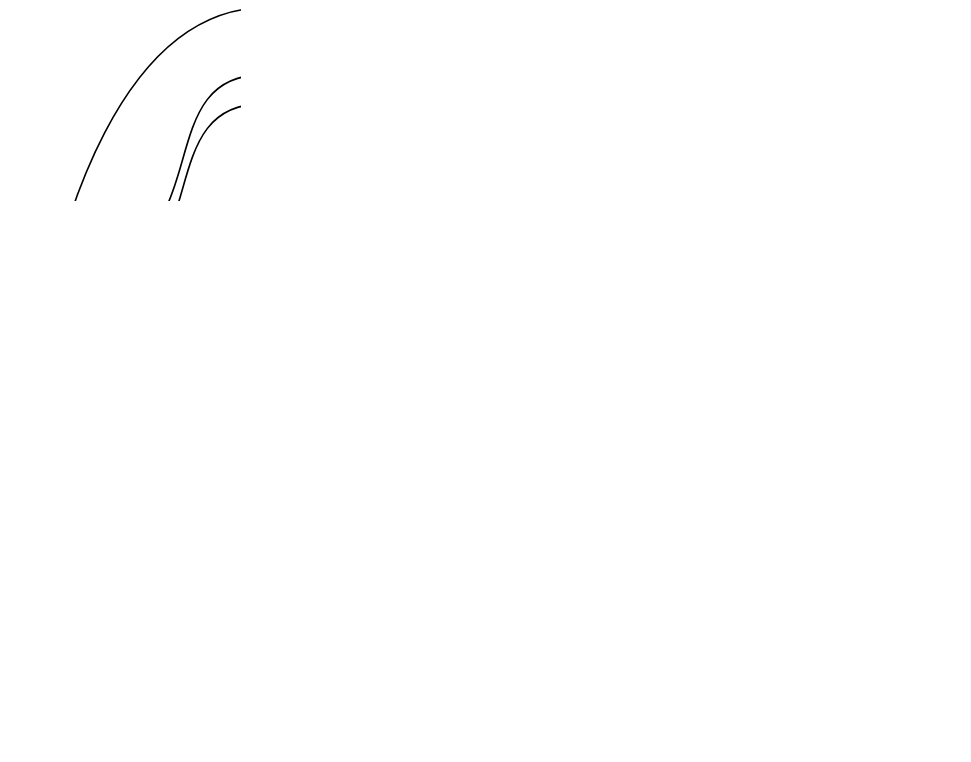
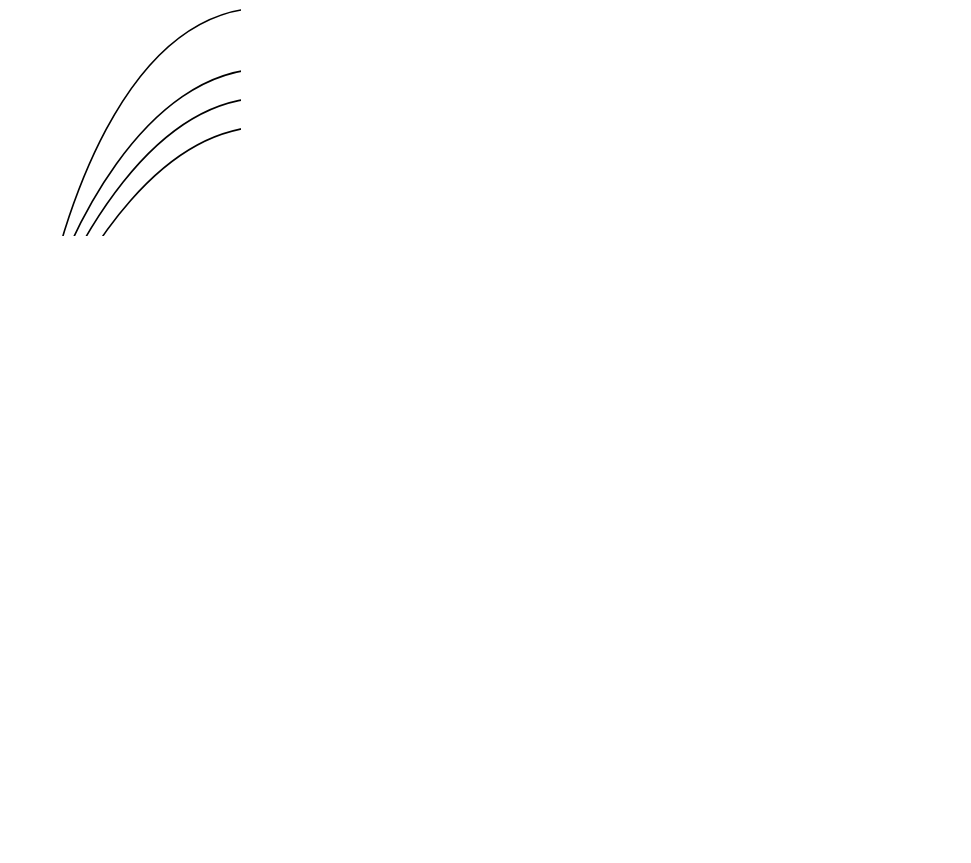
Before and after one commit to mickey-is-codin/data-structures: the diagram in graphs-networks/c-networks/graphviz/list_graph.dot, drawn with Graphviz. The commit also changed 2 other files, not shown here.

Commit message:
Split up the makefile for different graph geometries

```diff
--- a/graphs-networks/c-networks/graphviz/list_graph.dot
+++ b/graphs-networks/c-networks/graphviz/list_graph.dot
@@ -1,52 +1,52 @@
 graph unix {
 	graph [ dpi = 300 ];
 	node [shape=circle];
 	size="6,6";
 	rankdir="LR";
 
 	"0" -- "7"
+	"0" -- "3"
+	"0" -- "9"
 	"0" -- "6"
+	"0" -- "5"
+	"0" -- "6"
+	"0" -- "5"
+	"0" -- "5"
 	"0" -- "1"
-	"0" -- "7"
-	"0" -- "7"
-	"0" -- "7"
-	"0" -- "5"
-	"0" -- "9"
-	"0" -- "1"
-	"0" -- "7"
-	"0" -- "9"
-	"1" -- "2"
-	"1" -- "9"
-	"1" -- "8"
-	"1" -- "2"
+	"1" -- "6"
+	"1" -- "5"
 	"1" -- "3"
+	"2" -- "9"
 	"2" -- "3"
-	"2" -- "7"
 	"2" -- "5"
+	"2" -- "9"
 	"2" -- "4"
 	"3" -- "2"
-	"3" -- "5"
+	"3" -- "1"
 	"3" -- "8"
+	"3" -- "9"
+	"4" -- "7"
+	"4" -- "8"
+	"4" -- "8"
 	"4" -- "5"
+	"4" -- "9"
+	"4" -- "2"
+	"4" -- "1"
 	"4" -- "6"
-	"4" -- "6"
-	"5" -- "9"
-	"5" -- "0"
-	"5" -- "6"
-	"5" -- "3"
+	"5" -- "2"
+	"5" -- "1"
 	"5" -- "4"
-	"5" -- "7"
-	"5" -- "3"
-	"6" -- "7"
-	"6" -- "2"
-	"7" -- "4"
+	"6" -- "9"
+	"6" -- "8"
+	"6" -- "0"
 	"7" -- "9"
-	"7" -- "9"
-	"7" -- "1"
+	"7" -- "5"
+	"8" -- "3"
+	"8" -- "7"
+	"8" -- "5"
+	"8" -- "9"
+	"8" -- "3"
 	"8" -- "4"
-	"8" -- "2"
-	"8" -- "2"
+	"8" -- "0"
 	"9" -- "4"
-	"9" -- "2"
-	"9" -- "2"
 }
```
